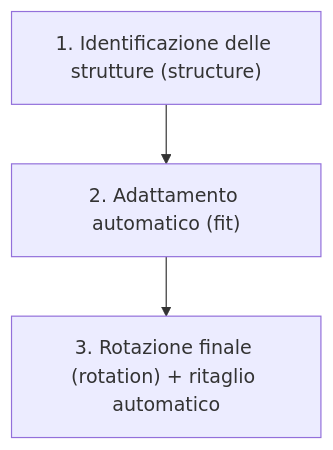
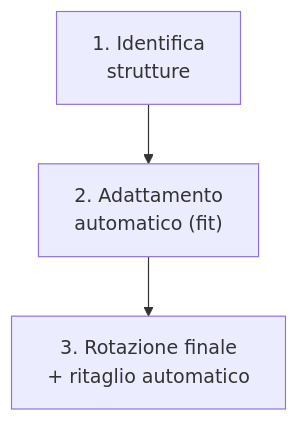
The diagram in docs/modules/rotate-perspective.md (lorenzoperone/darktable-docs), drawn with Mermaid before and after one commit. The commit also changed 40 other files, not shown here.

First line of the commit message:
fix: reformatta diagrammi Mermaid — etichette brevi, break line, italiano

````diff
--- a/docs/modules/rotate-perspective.md
+++ b/docs/modules/rotate-perspective.md
@@ -24,4 +24,4 @@
 ```mermaid
 flowchart TD
-    A["1. Identificazione delle strutture (structure)"] --> B["2. Adattamento automatico (fit)"] --> C["3. Rotazione finale (rotation) + ritaglio automatico"]
+    A["1. Identifica<br/>strutture"] --> B["2. Adattamento<br/>automatico (fit)"] --> C["3. Rotazione finale<br/>+ ritaglio automatico"]
 ```
````
